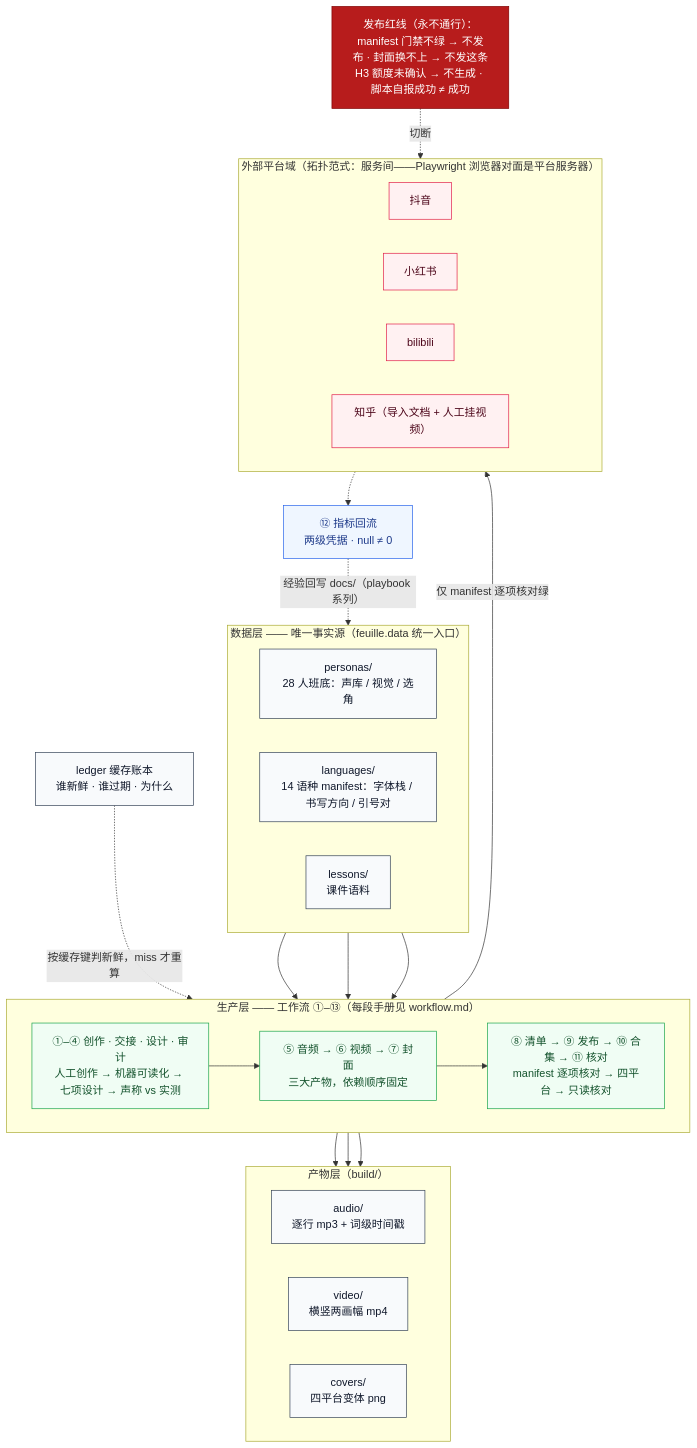
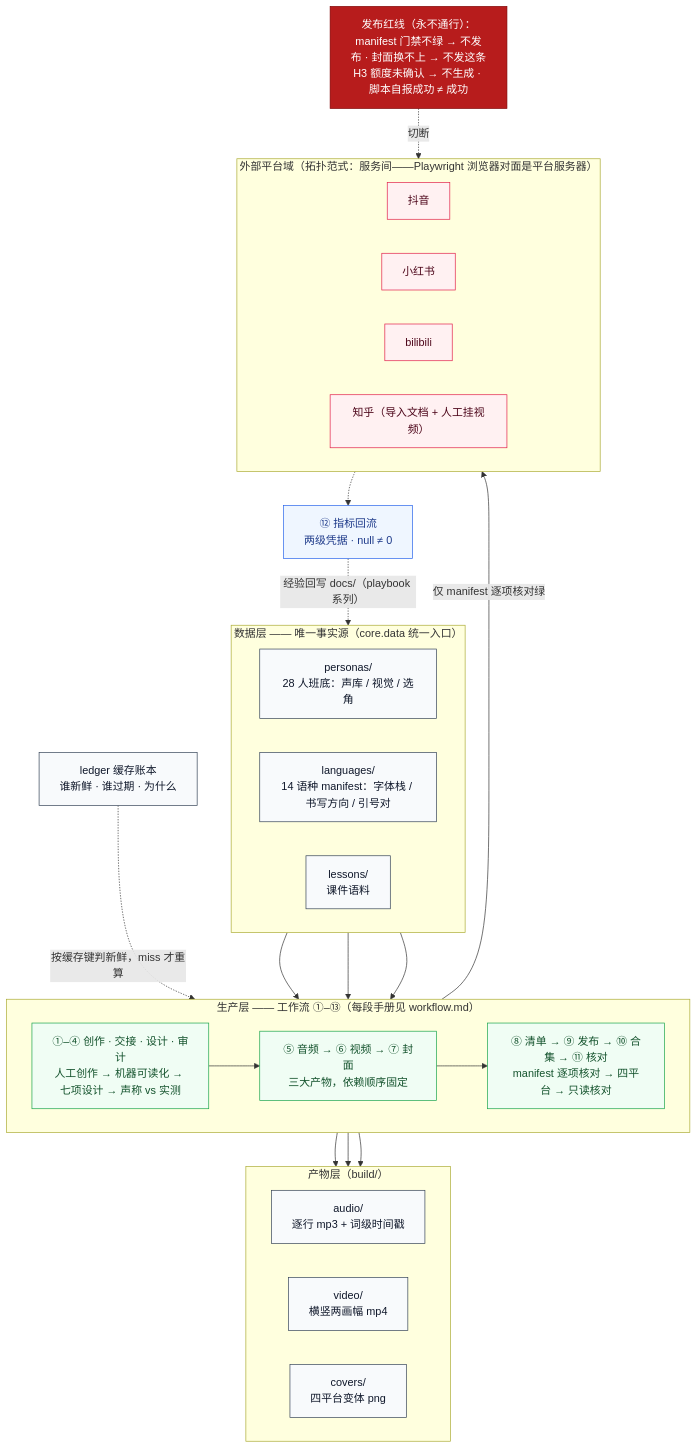
The first of 6 diagrams in usine/docs/architecture.md (feuyeux/explorateur), drawn with Mermaid before and after one commit. The commit also changed other lines of this file and 94 other files, not shown here.

````diff
--- a/usine/docs/architecture.md
+++ b/usine/docs/architecture.md
@@ -58,61 +59,61 @@
 ```mermaid
 flowchart TB
-    subgraph DATA["数据层 —— 唯一事实源（feuille.data 统一入口）"]
+    subgraph DATA["数据层 —— 唯一事实源（core.data 统一入口）"]
         direction LR
         PD["personas/<br/>28 人班底：声库 / 视觉 / 选角"]
         LD["languages/<br/>14 语种 manifest：字体栈 / 书写方向 / 引号对"]
         LS["lessons/<br/>课件语料"]
     end
 
     subgraph LINE["生产层 —— 工作流 ①–⑬（每段手册见 workflow.md）"]
         direction LR
         C14["①–④ 创作 · 交接 · 设计 · 审计<br/>人工创作 → 机器可读化 → 七项设计 → 声称 vs 实测"]
         C57["⑤ 音频 → ⑥ 视频 → ⑦ 封面<br/>三大产物，依赖顺序固定"]
         C811["⑧ 清单 → ⑨ 发布 → ⑩ 合集 → ⑪ 核对<br/>manifest 逐项核对 → 四平台 → 只读核对"]
         C14 --> C57
         C57 --> C811
     end
 
     subgraph ART["产物层（build/）"]
         direction LR
         AU["audio/<br/>逐行 mp3 + 词级时间戳"]
         VI["video/<br/>横竖两画幅 mp4"]
         CO["covers/<br/>四平台变体 png"]
     end
 
     subgraph PLAT["外部平台域（拓扑范式：服务间——Playwright 浏览器对面是平台服务器）"]
         direction LR
         DY["抖音"]
         XH["小红书"]
         BL["bilibili"]
         ZH["知乎（导入文档 + 人工挂视频）"]
     end
 
     C12["⑫ 指标回流<br/>两级凭据 · null ≠ 0"]
     LEDGER["ledger 缓存账本<br/>谁新鲜 · 谁过期 · 为什么"]
     BLOCK["发布红线（永不通行）：<br/>manifest 门禁不绿 → 不发布 · 封面换不上 → 不发这条<br/>H3 额度未确认 → 不生成 · 脚本自报成功 ≠ 成功"]
 
     PD --> LINE
     LD --> LINE
     LS --> LINE
     C57 --> AU
     C57 --> VI
     C57 --> CO
     LEDGER -.->|"按缓存键判新鲜，miss 才重算"| C57
     C811 -->|"仅 manifest 逐项核对绿"| PLAT
     PLAT -.-> C12
     C12 -.->|"经验回写 docs/（playbook 系列）"| DATA
     BLOCK -.->|"切断"| PLAT
 
     classDef ctrl fill:#eff6ff,stroke:#2563eb,color:#1e3a8a
     classDef host fill:#f0fdf4,stroke:#16a34a,color:#14532d
     classDef sandbox fill:#fef3c7,stroke:#d97706,color:#78350f
     classDef isolated fill:#fff1f2,stroke:#e11d48,color:#4c0519
     classDef blocked fill:#b71c1c,stroke:#7f0000,color:#ffffff
     classDef neutral fill:#f8fafc,stroke:#334155,color:#0f172a
     class C14,C57,C811 host
     class PD,LD,LS,AU,VI,CO,LEDGER neutral
     class DY,XH,BL,ZH isolated
     class C12 ctrl
     class BLOCK blocked
 ```
````
